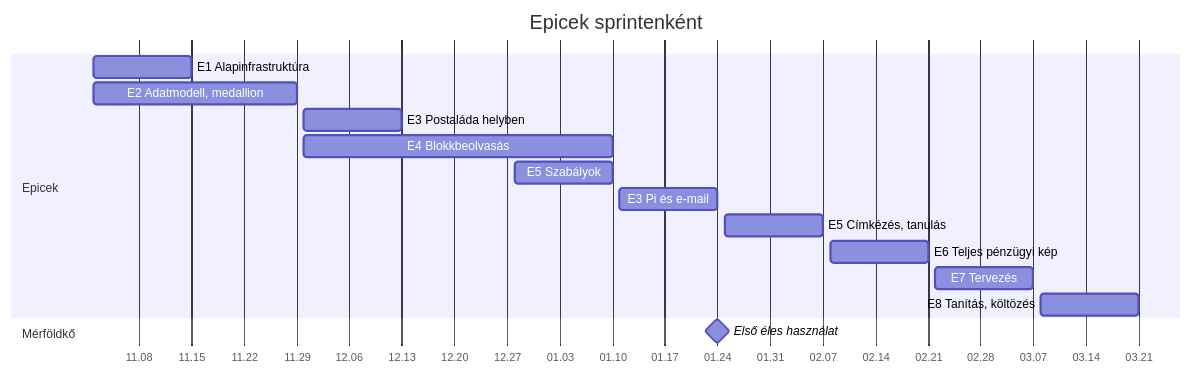
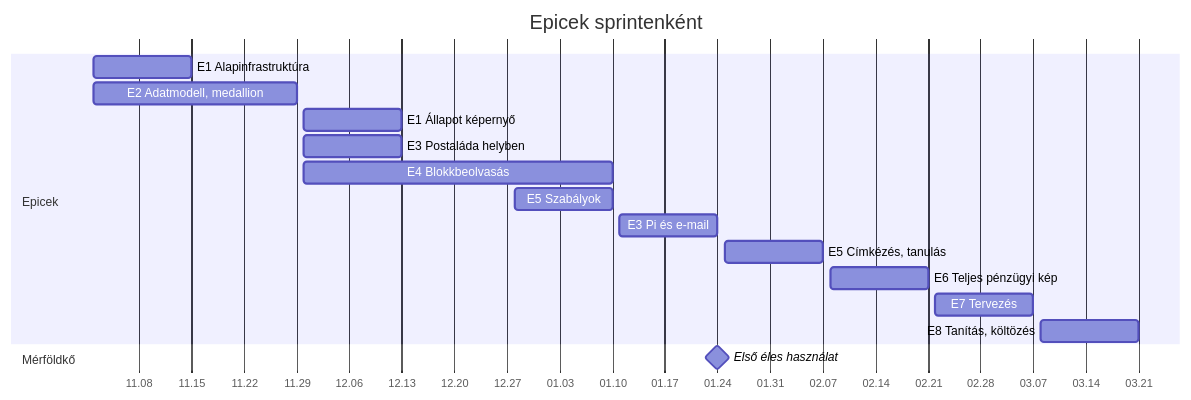
The diagram in docs/Fejlesztési terv.md (Pokol-olvr/finance-tracker), drawn with Mermaid before and after one commit. The commit also changed other lines of this file and 3 other files, not shown here.

Commit message:
FIN-106 állapot képernyő terve

````diff
--- a/docs/Fejlesztési terv.md
+++ b/docs/Fejlesztési terv.md
@@ -32,19 +32,20 @@
 ```mermaid
 gantt
   title Epicek sprintenként
   dateFormat YYYY-MM-DD
   axisFormat %m.%d
   section Epicek
   E1 Alapinfrastruktúra        :e1, 2026-11-02, 2026-11-15
   E2 Adatmodell, medallion     :e2, 2026-11-02, 2026-11-29
+  E1 Állapot képernyő          :e1b, 2026-11-30, 2026-12-13
   E3 Postaláda helyben          :e3a, 2026-11-30, 2026-12-13
   E4 Blokkbeolvasás            :e4, 2026-11-30, 2027-01-10
   E5 Szabályok                 :e5a, 2026-12-28, 2027-01-10
   E3 Pi és e-mail              :e3b, 2027-01-11, 2027-01-24
   E5 Címkézés, tanulás         :e5b, 2027-01-25, 2027-02-07
   E6 Teljes pénzügyi kép       :e6, 2027-02-08, 2027-02-21
   E7 Tervezés                  :e7, 2027-02-22, 2027-03-07
   E8 Tanítás, költözés         :e8, 2027-03-08, 2027-03-21
   section Mérföldkő
   Első éles használat          :milestone, m1, 2027-01-24, 0d
 ```
````
